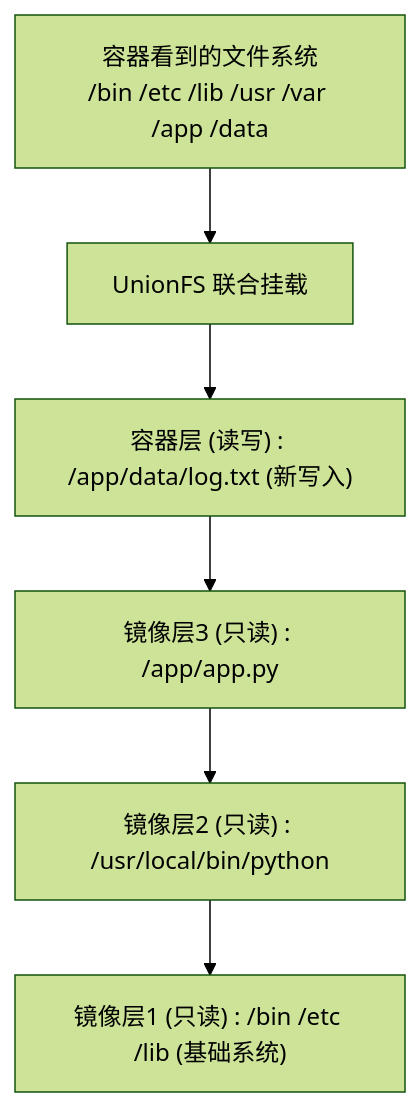
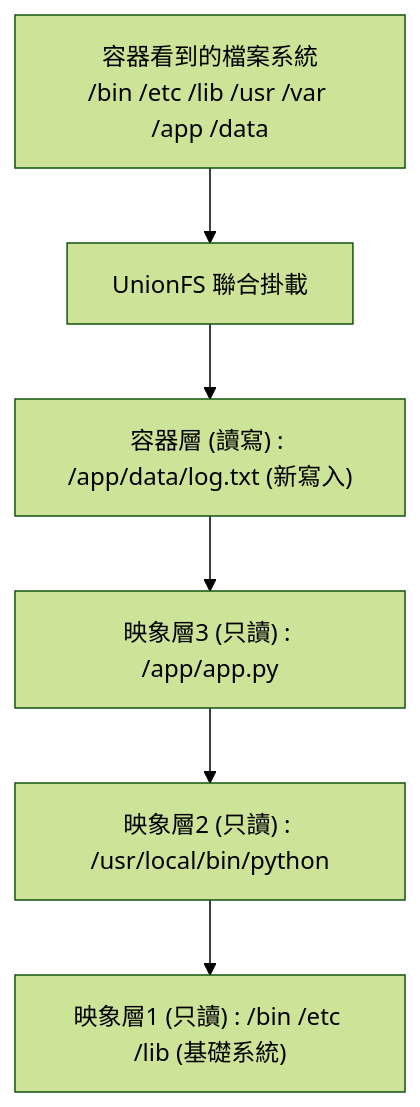
One commit to doggy8088/docker_practice changed the first of 4 diagrams in 12_implementation/12.4_ufs.md. Above: the diagram before and after it, drawn with Mermaid (forest theme). The commit also changed other lines of this file and 211 other files, not shown here.

````diff
--- a/12_implementation/12.4_ufs.md
+++ b/12_implementation/12.4_ufs.md
@@ -11,13 +11,13 @@
 ```mermaid
 flowchart TD
-    ContainerFS["容器看到的文件系统<br/>/bin /etc /lib /usr /var /app /data"]
-    UnionFS["UnionFS 联合挂载"]
+    ContainerFS["容器看到的檔案系統<br/>/bin /etc /lib /usr /var /app /data"]
+    UnionFS["UnionFS 聯合掛載"]
 
-    ContainerLayer["容器层 (读写) : /app/data/log.txt (新写入)"]
-    ImageLayer3["镜像层3 (只读) : /app/app.py"]
-    ImageLayer2["镜像层2 (只读) : /usr/local/bin/python"]
-    ImageLayer1["镜像层1 (只读) : /bin /etc /lib (基础系统)"]
+    ContainerLayer["容器層 (讀寫) : /app/data/log.txt (新寫入)"]
+    ImageLayer3["映象層3 (只讀) : /app/app.py"]
+    ImageLayer2["映象層2 (只讀) : /usr/local/bin/python"]
+    ImageLayer1["映象層1 (只讀) : /bin /etc /lib (基礎系統)"]
 
     ContainerFS --> UnionFS
     UnionFS --> ContainerLayer --> ImageLayer3 --> ImageLayer2 --> ImageLayer1
 ```
````
